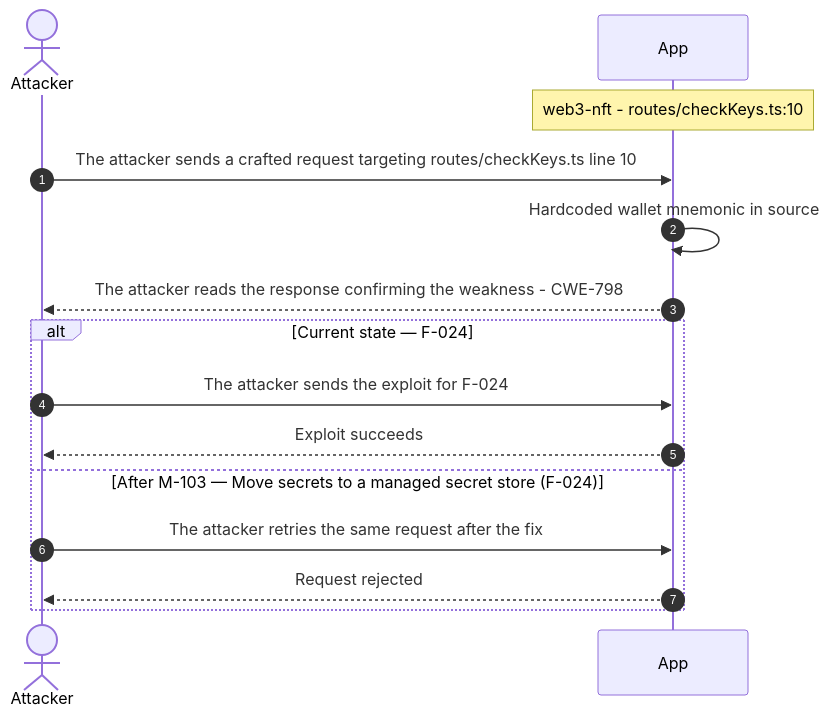
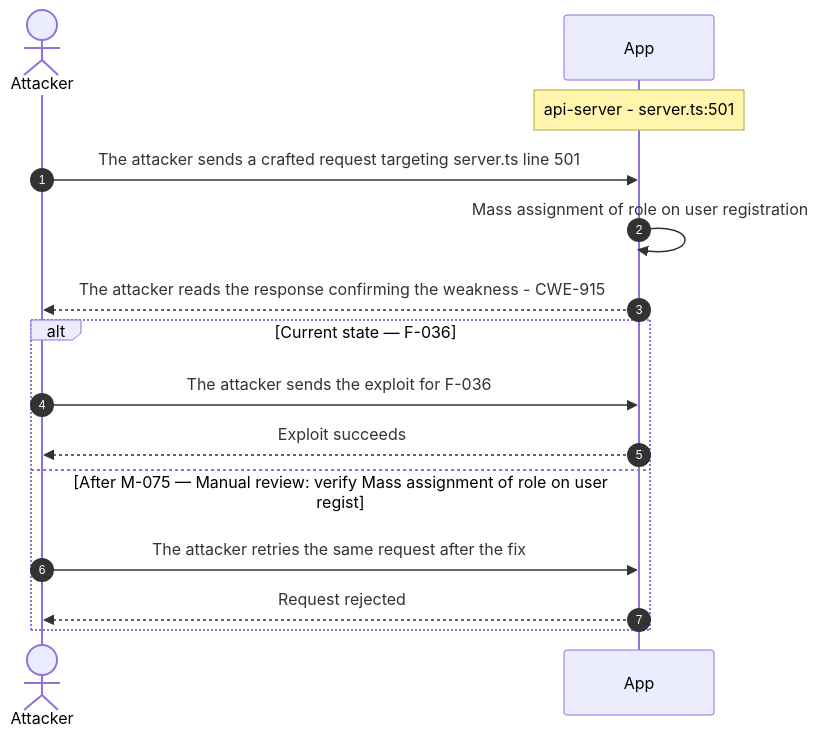
Before and after one commit to appsec-foundry/appsec-advisor-examples: the eighth of 14 diagrams in threat-modeler/threat-model-juice-shop-thorough-v0.6.0b4.md, drawn with Mermaid. The commit also changed other lines of this file and 11 other files, not shown here.

````diff
--- a/threat-modeler/threat-model-juice-shop-thorough-v0.6.0b4.md
+++ b/threat-modeler/threat-model-juice-shop-thorough-v0.6.0b4.md
@@ -716,17 +631,17 @@
 ```mermaid
 sequenceDiagram
     autonumber
     actor Attacker
     participant App
-    Note over App: web3-nft - routes/checkKeys.ts:10
-    Attacker->>App: The attacker sends a crafted request targeting routes/checkKeys.ts line 10
-    App->>App: Hardcoded wallet mnemonic in source
-    App-->>Attacker: The attacker reads the response confirming the weakness - CWE-798
-    alt Current state — F-024
-        Attacker->>App: The attacker sends the exploit for F-024
+    Note over App: api-server - server.ts:501
+    Attacker->>App: The attacker sends a crafted request targeting server.ts line 501
+    App->>App: Mass assignment of role on user registration
+    App-->>Attacker: The attacker reads the response confirming the weakness - CWE-915
+    alt Current state — F-036
+        Attacker->>App: The attacker sends the exploit for F-036
         App-->>Attacker: Exploit succeeds
-    else After M-103 — Move secrets to a managed secret store (F-024)
+    else After M-075 — Manual review: verify Mass assignment of role on user regist
         Attacker->>App: The attacker retries the same request after the fix
         App-->>Attacker: Request rejected
     end
 ```
````
